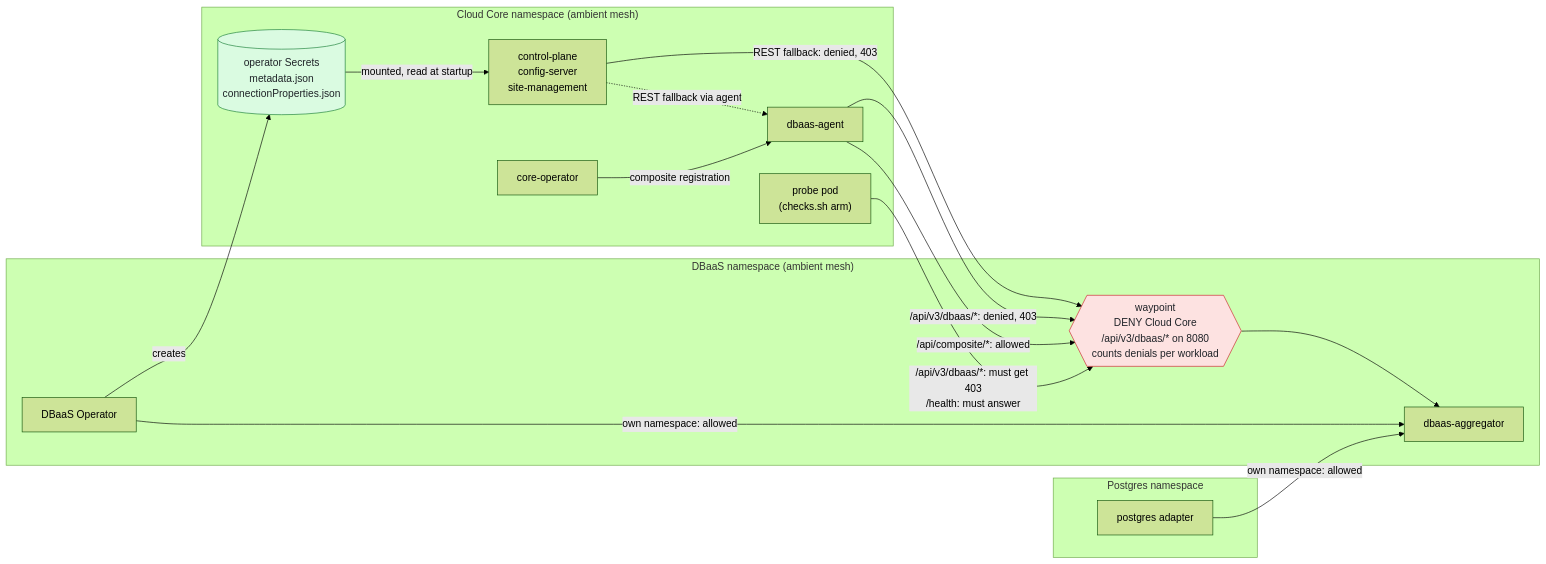
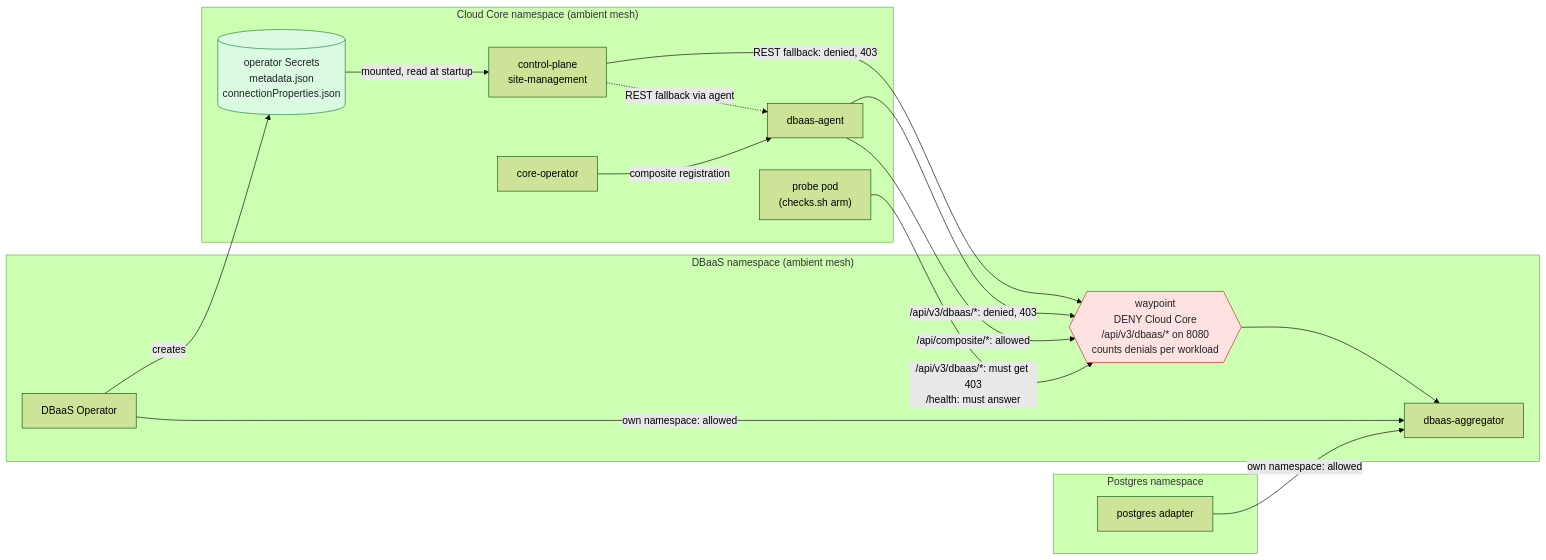
One commit to Netcracker/qubership-core-test-apps changed the first of 3 diagrams in dbaas-operator-tests/README.md. Above: the diagram before and after it, drawn with Mermaid (forest theme). The commit also changed other lines of this file and 7 other files, not shown here.

First line of the commit message:
ci: install core-legacy-api in place of config-server on every stand

````diff
--- a/dbaas-operator-tests/README.md
+++ b/dbaas-operator-tests/README.md
@@ -17,38 +16,38 @@
 ```mermaid
 %%{init: {"flowchart": {"wrappingWidth": 320}}}%%
 flowchart LR
     subgraph core["Cloud Core namespace (ambient mesh)"]
-        services["control-plane<br/>config-server<br/>site-management"]
+        services["control-plane<br/>site-management"]
         agent["dbaas-agent"]
         operatorCo["core-operator"]
         probe["probe pod<br/>(checks.sh arm)"]
         secret[("operator Secrets<br/>metadata.json<br/>connectionProperties.json")]
     end
 
     subgraph dbaas["DBaaS namespace (ambient mesh)"]
         waypoint{{"waypoint<br/>DENY Cloud Core<br/>/api/v3/dbaas/* on 8080<br/>counts denials per workload"}}
         aggregator["dbaas-aggregator"]
         dbaasOperator["DBaaS Operator"]
     end
 
     subgraph pg["Postgres namespace"]
         adapter["postgres adapter"]
     end
 
     services -- "REST fallback: denied, 403" --> waypoint
     services -. "REST fallback via agent" .-> agent
     agent -- "/api/v3/dbaas/*: denied, 403" --> waypoint
     operatorCo -- "composite registration" --> agent
     agent -- "/api/composite/*: allowed" --> waypoint
     probe -- "/api/v3/dbaas/*: must get 403<br/>/health: must answer" --> waypoint
     waypoint --> aggregator
     dbaasOperator -- "own namespace: allowed" --> aggregator
     adapter -- "own namespace: allowed" --> aggregator
     dbaasOperator -- "creates" --> secret
     secret -- "mounted, read at startup" --> services
 
     classDef denied fill:#fde2e1,stroke:#cf222e,color:#1f2328
     classDef allowed fill:#dafbe1,stroke:#1a7f37,color:#1f2328
     class waypoint denied
     class secret allowed
 ```
````
